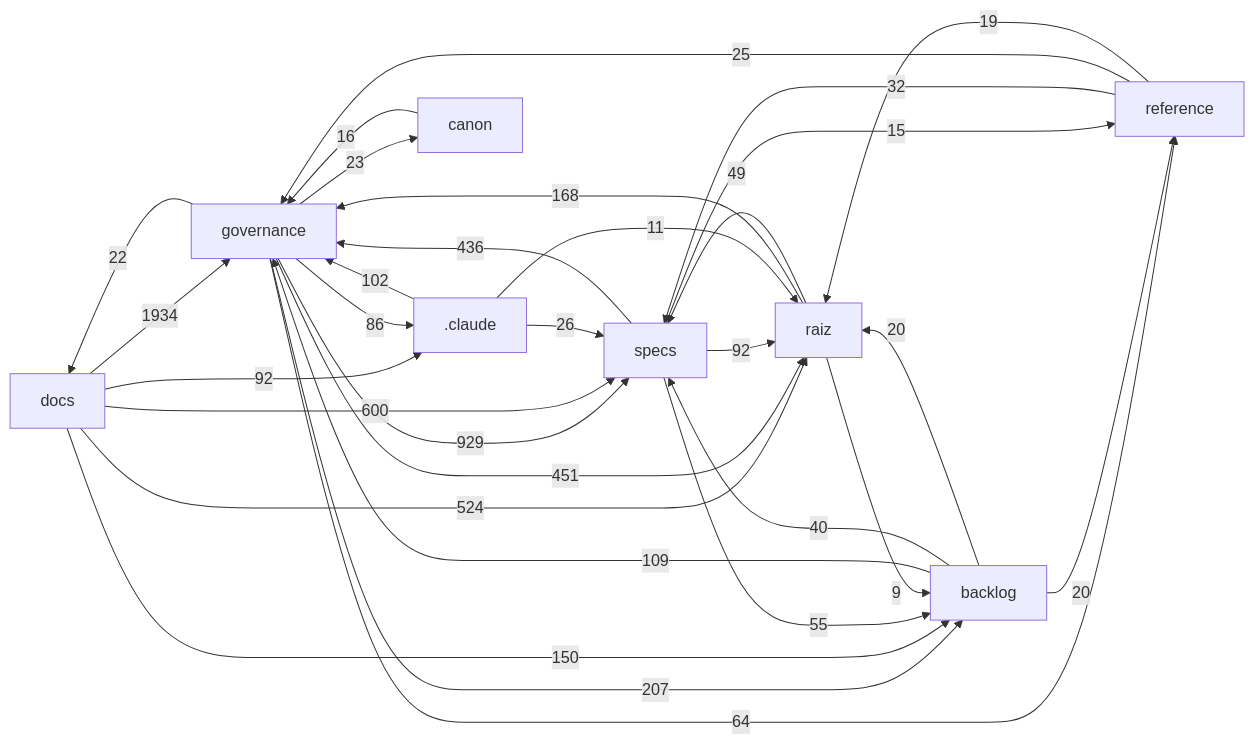
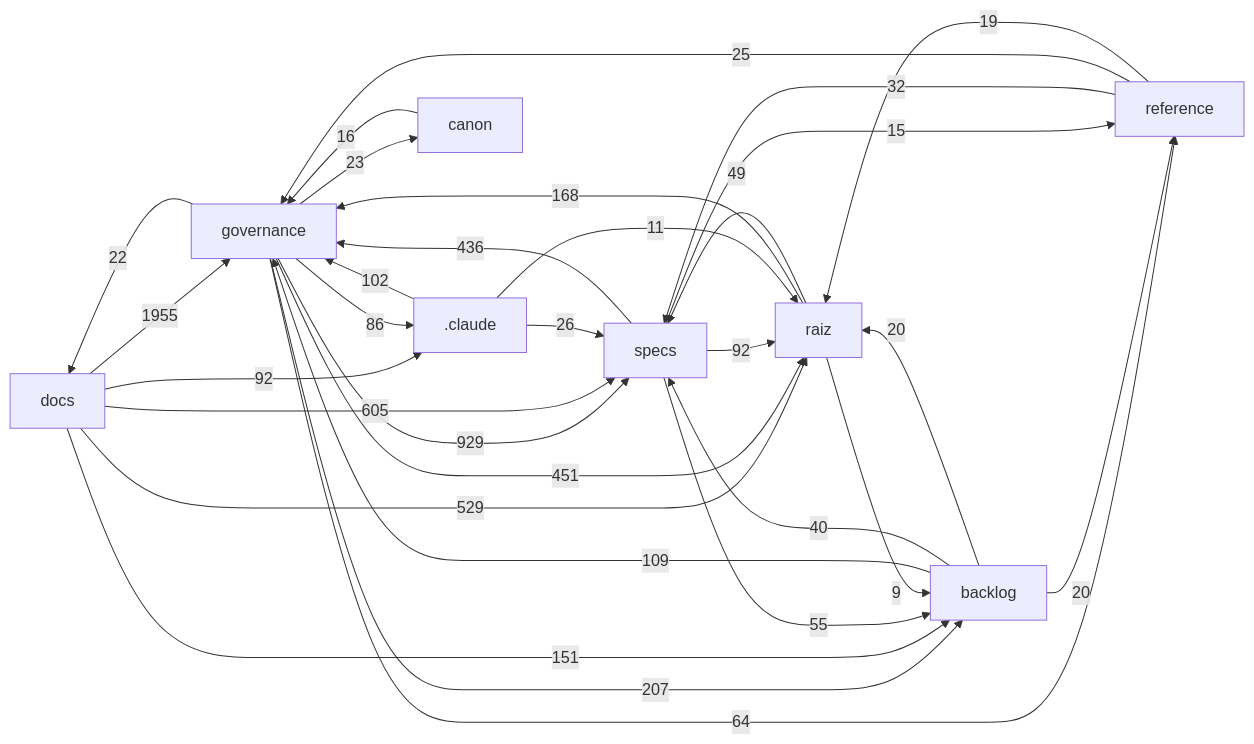
One commit to Andraus35/Sistema-Operacional-de-Trading--SOT changed the diagram in docs/mapa/MAPA-PROJETO.md. Above: the diagram before and after it, drawn with Mermaid. The commit also changed other lines of this file and 4 other files, not shown here.

````diff
--- a/docs/mapa/MAPA-PROJETO.md
+++ b/docs/mapa/MAPA-PROJETO.md
@@ -29,33 +29,33 @@
 ```mermaid
 flowchart LR
-  docs["docs"] -->|1934| governance["governance"]
+  docs["docs"] -->|1955| governance["governance"]
   governance["governance"] -->|929| specs["specs"]
-  docs["docs"] -->|600| specs["specs"]
-  docs["docs"] -->|524| raiz["raiz"]
+  docs["docs"] -->|605| specs["specs"]
+  docs["docs"] -->|529| raiz["raiz"]
   governance["governance"] -->|451| raiz["raiz"]
   specs["specs"] -->|436| governance["governance"]
   governance["governance"] -->|207| backlog["backlog"]
   raiz["raiz"] -->|168| governance["governance"]
-  docs["docs"] -->|150| backlog["backlog"]
+  docs["docs"] -->|151| backlog["backlog"]
   backlog["backlog"] -->|109| governance["governance"]
   _claude[".claude"] -->|102| governance["governance"]
   docs["docs"] -->|92| _claude[".claude"]
   specs["specs"] -->|92| raiz["raiz"]
   governance["governance"] -->|86| _claude[".claude"]
   governance["governance"] -->|64| reference["reference"]
   specs["specs"] -->|55| backlog["backlog"]
   raiz["raiz"] -->|49| specs["specs"]
   backlog["backlog"] -->|40| specs["specs"]
   reference["reference"] -->|32| specs["specs"]
   _claude[".claude"] -->|26| specs["specs"]
   reference["reference"] -->|25| governance["governance"]
   governance["governance"] -->|23| canon["canon"]
   governance["governance"] -->|22| docs["docs"]
   backlog["backlog"] -->|20| raiz["raiz"]
   backlog["backlog"] -->|20| reference["reference"]
   reference["reference"] -->|19| raiz["raiz"]
   canon["canon"] -->|16| governance["governance"]
   specs["specs"] -->|15| reference["reference"]
   _claude[".claude"] -->|11| raiz["raiz"]
   raiz["raiz"] -->|9| backlog["backlog"]
 ```
````
